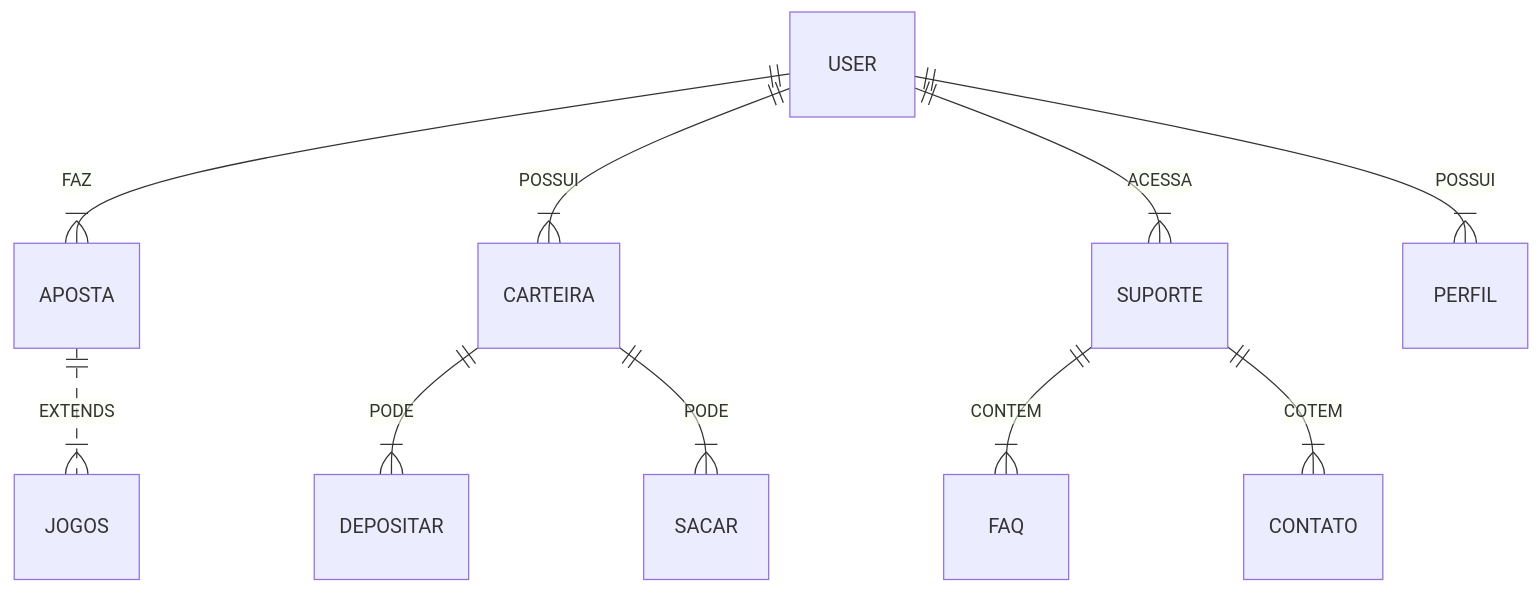
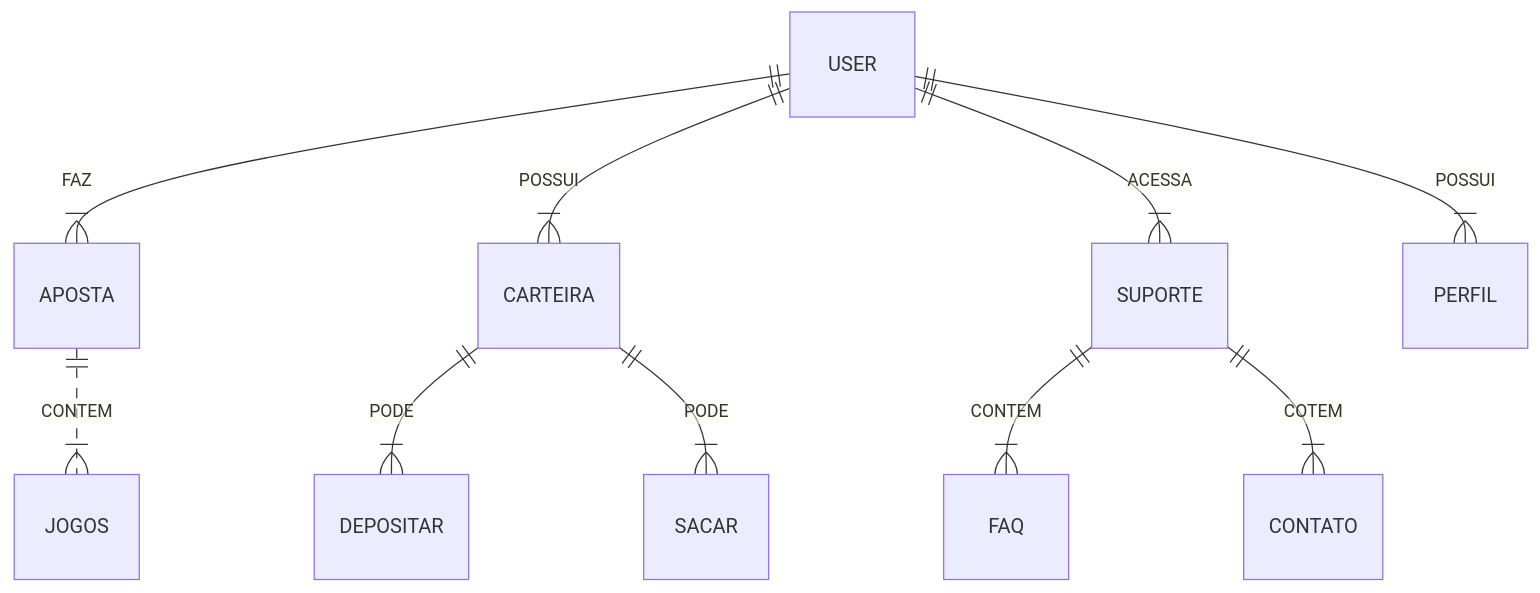
Before and after one commit to desenvolvimento-web-unifil/02-documentacao-ctp-web: the diagram in docs/readme.md, drawn with Mermaid.

````diff
--- a/docs/readme.md
+++ b/docs/readme.md
@@ -4,14 +4,14 @@
 ```mermaid
 erDiagram
 
     USER ||--|{ APOSTA : FAZ
     USER ||--|{ CARTEIRA :POSSUI
     CARTEIRA ||--|{ DEPOSITAR : PODE
     CARTEIRA ||--|{ SACAR : PODE
-    APOSTA ||..|{ JOGOS : EXTENDS
+    APOSTA ||..|{ JOGOS : CONTEM
     USER ||--|{ SUPORTE : ACESSA
     USER ||--|{ PERFIL : POSSUI
     SUPORTE||--|{ FAQ : CONTEM
     SUPORTE||--|{ CONTATO : COTEM
 
 ```
````
